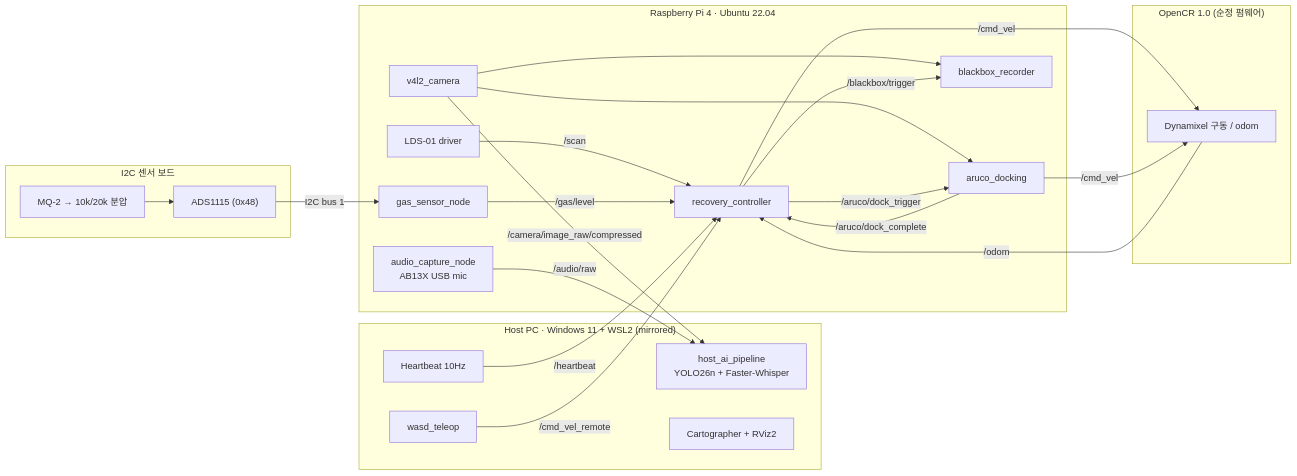
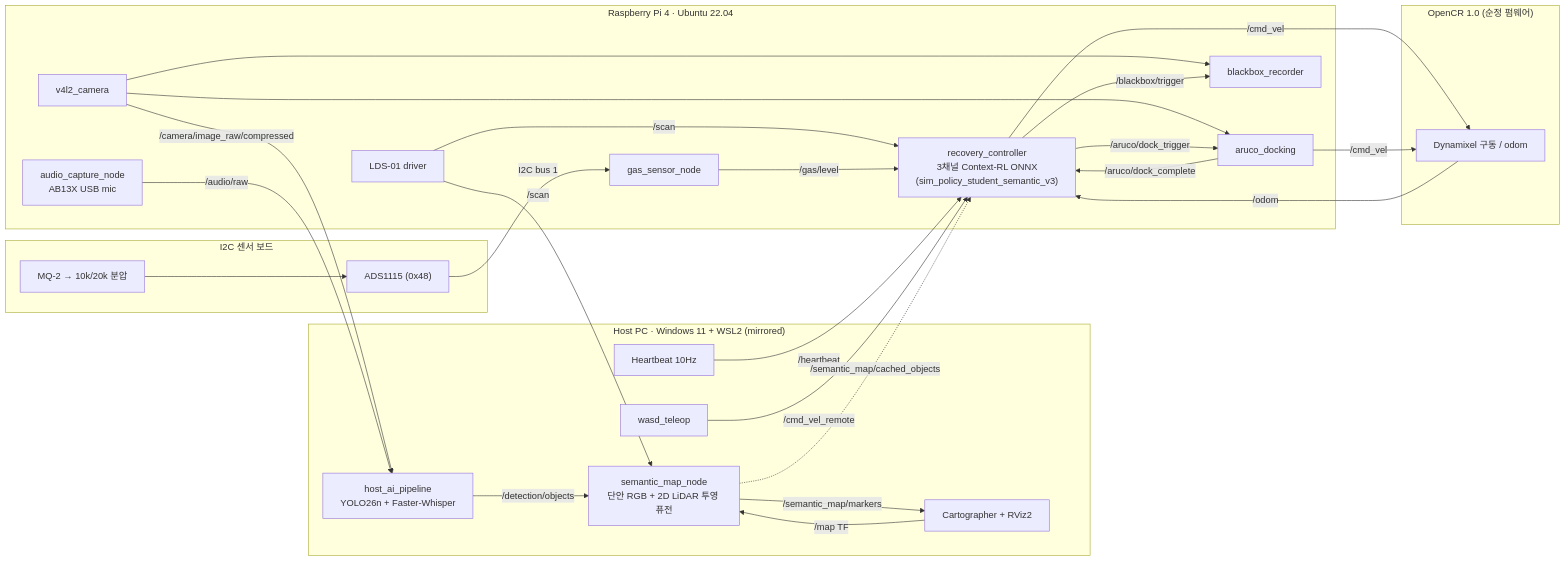
Before and after one commit to rjw136-lab/disaster_recovery_ws: the first of 3 diagrams in README.md, drawn with Mermaid. The commit also changed other lines of this file and 70 other files, not shown here.

Commit message:
feat(phase3): add 2D LiDAR-RGB semantic SLAM, 3-ch Context-RL V100 models, Gazebo A/B & docs

````diff
--- a/README.md
+++ b/README.md
@@ -160,45 +161,51 @@
 ```mermaid
 flowchart LR
     subgraph HOST["Host PC · Windows 11 + WSL2 (mirrored)"]
         HB["Heartbeat 10Hz"]
         TELEOP["wasd_teleop"]
         AI["host_ai_pipeline<br/>YOLO26n + Faster-Whisper"]
+        SM["semantic_map_node<br/>단안 RGB + 2D LiDAR 투영 퓨전"]
         SLAM["Cartographer + RViz2"]
     end
 
     subgraph RPI["Raspberry Pi 4 · Ubuntu 22.04"]
-        RC["recovery_controller"]
+        RC["recovery_controller<br/>3채널 Context-RL ONNX<br/>(sim_policy_student_semantic_v3)"]
         AD["aruco_docking"]
         BB["blackbox_recorder"]
         GB["gas_sensor_node"]
         CAM["v4l2_camera"]
         MIC["audio_capture_node<br/>AB13X USB mic"]
         LDS["LDS-01 driver"]
     end
 
     subgraph SENS["I2C 센서 보드"]
         MQ2["MQ-2 → 10k/20k 분압"]
         ADS["ADS1115 (0x48)"]
     end
 
     subgraph OCR["OpenCR 1.0 (순정 펌웨어)"]
         MOT["Dynamixel 구동 / odom"]
     end
 
     HB -- "/heartbeat" --> RC
     TELEOP -- "/cmd_vel_remote" --> RC
     CAM -- "/camera/image_raw/compressed" --> AI
     MIC -- "/audio/raw" --> AI
+    AI -- "/detection/objects" --> SM
+    LDS -- "/scan" --> SM
+    SLAM -- "/map TF" --> SM
+    SM -- "/semantic_map/markers" --> SLAM
+    SM -. "/semantic_map/cached_objects" .-> RC
     CAM --> AD
     CAM --> BB
     LDS -- "/scan" --> RC
     MOT -- "/odom" --> RC
     MQ2 --> ADS
     ADS -- "I2C bus 1" --> GB
     GB -- "/gas/level" --> RC
     RC -- "/cmd_vel" --> MOT
     AD -- "/cmd_vel" --> MOT
     RC -- "/aruco/dock_trigger" --> AD
     AD -- "/aruco/dock_complete" --> RC
     RC -- "/blackbox/trigger" --> BB
 ```
````
